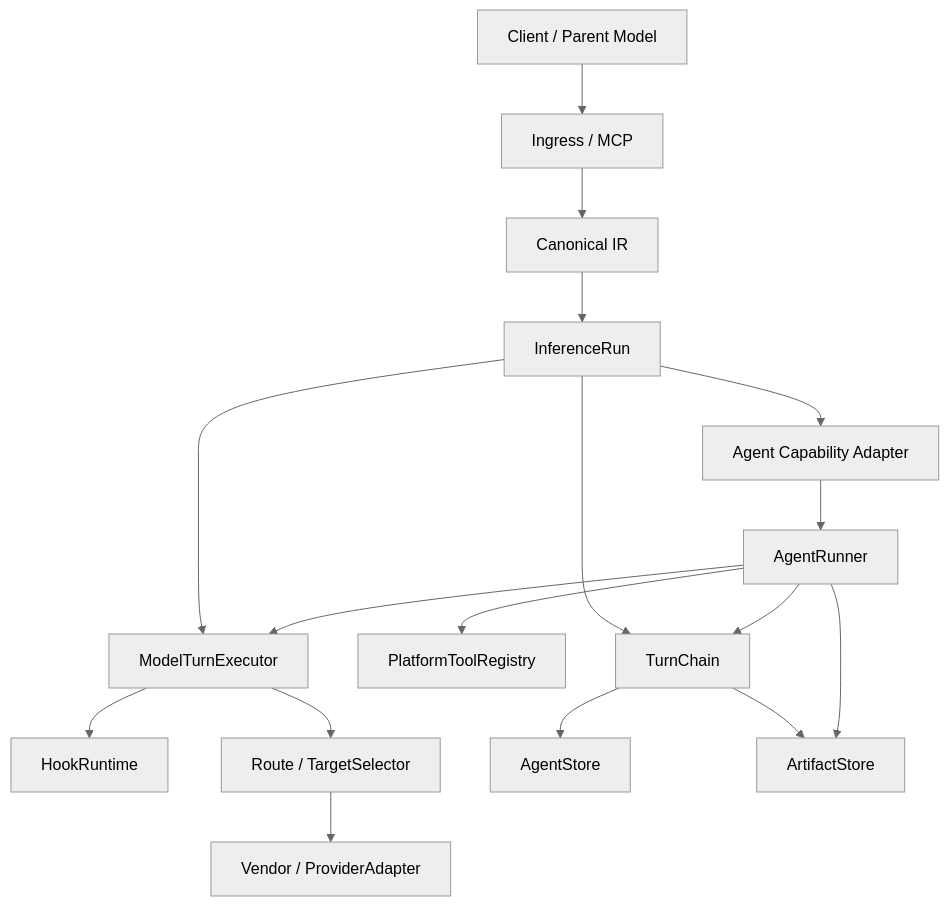
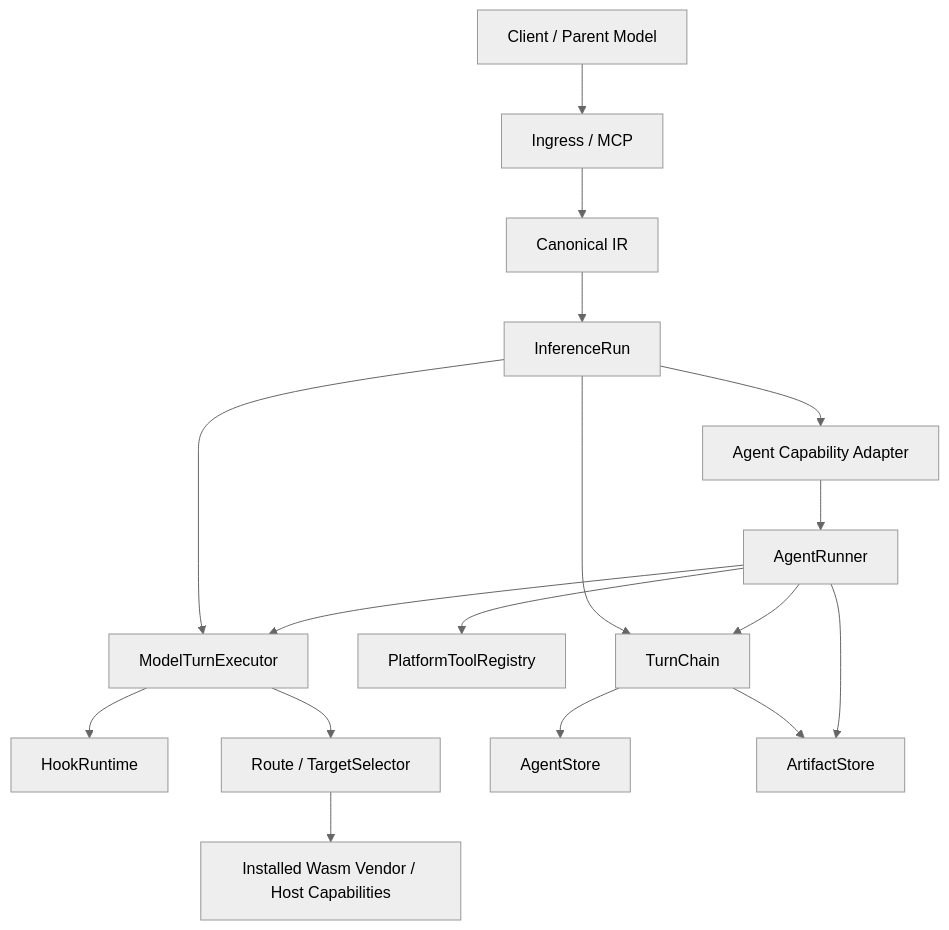
Before and after one commit to Stravia-AI/StraviaPlatform: the first of 2 diagrams in docs/design/agent-core.md, drawn with Mermaid (neutral theme). The commit also changed other lines of this file and 566 other files, not shown here.

Commit message:
feat(vendor): 全量切换 Wasm 插件并移除 Nix 支持

````diff
--- a/docs/design/agent-core.md
+++ b/docs/design/agent-core.md
@@ -253,31 +253,31 @@
 ```mermaid
 flowchart TB
     Client[Client / Parent Model]
     Ingress[Ingress / MCP]
     IR[Canonical IR]
     Inference[InferenceRun]
     AgentAdapter[Agent Capability Adapter]
     Runner[AgentRunner]
     TurnExec[ModelTurnExecutor]
     Hook[HookRuntime]
     Tools[PlatformToolRegistry]
     Route[Route / TargetSelector]
-    Provider[Vendor / ProviderAdapter]
+    Provider[Installed Wasm Vendor / Host Capabilities]
     TurnChain[TurnChain]
     AgentStore[AgentStore]
     Artifacts[ArtifactStore]
 
     Client --> Ingress --> IR
     IR --> Inference
     Inference --> AgentAdapter --> Runner
     Runner --> TurnExec
     Inference --> TurnExec
     TurnExec --> Hook
     TurnExec --> Route --> Provider
     Runner --> Tools
     Runner --> TurnChain
     Inference --> TurnChain
     TurnChain --> AgentStore
     Runner --> Artifacts
     TurnChain --> Artifacts
 ```
````
